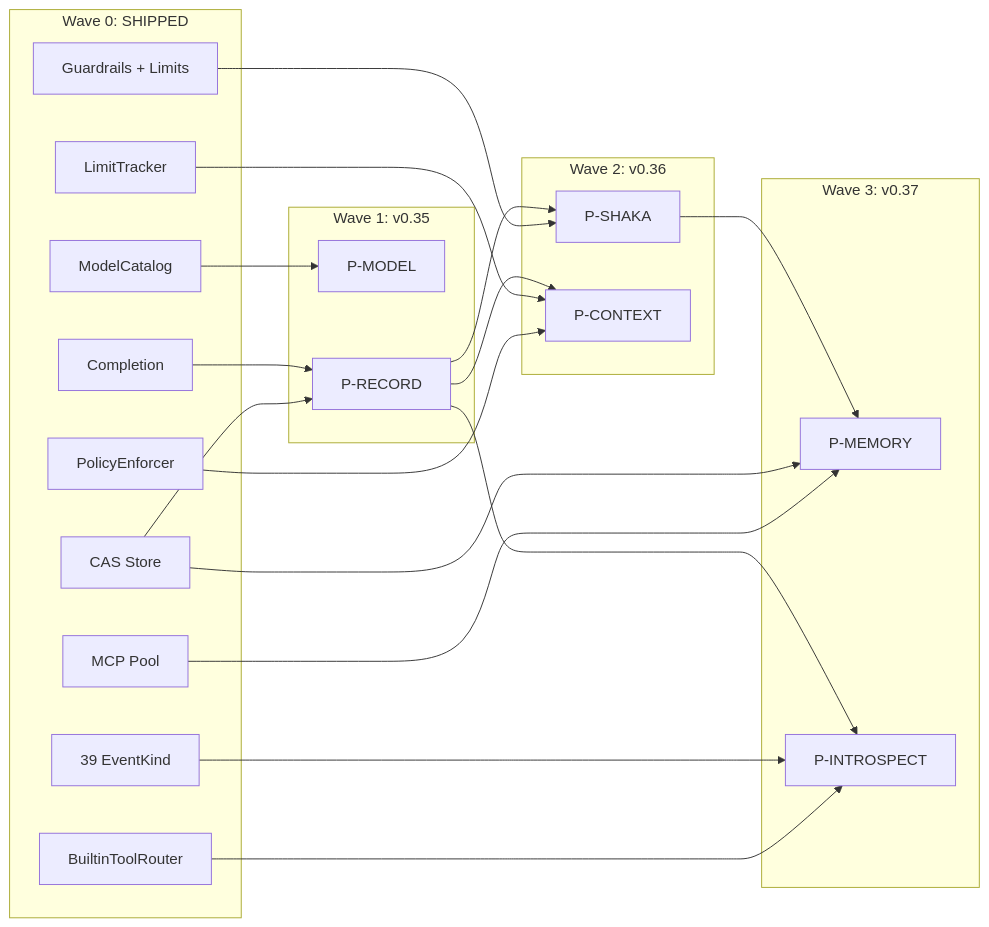
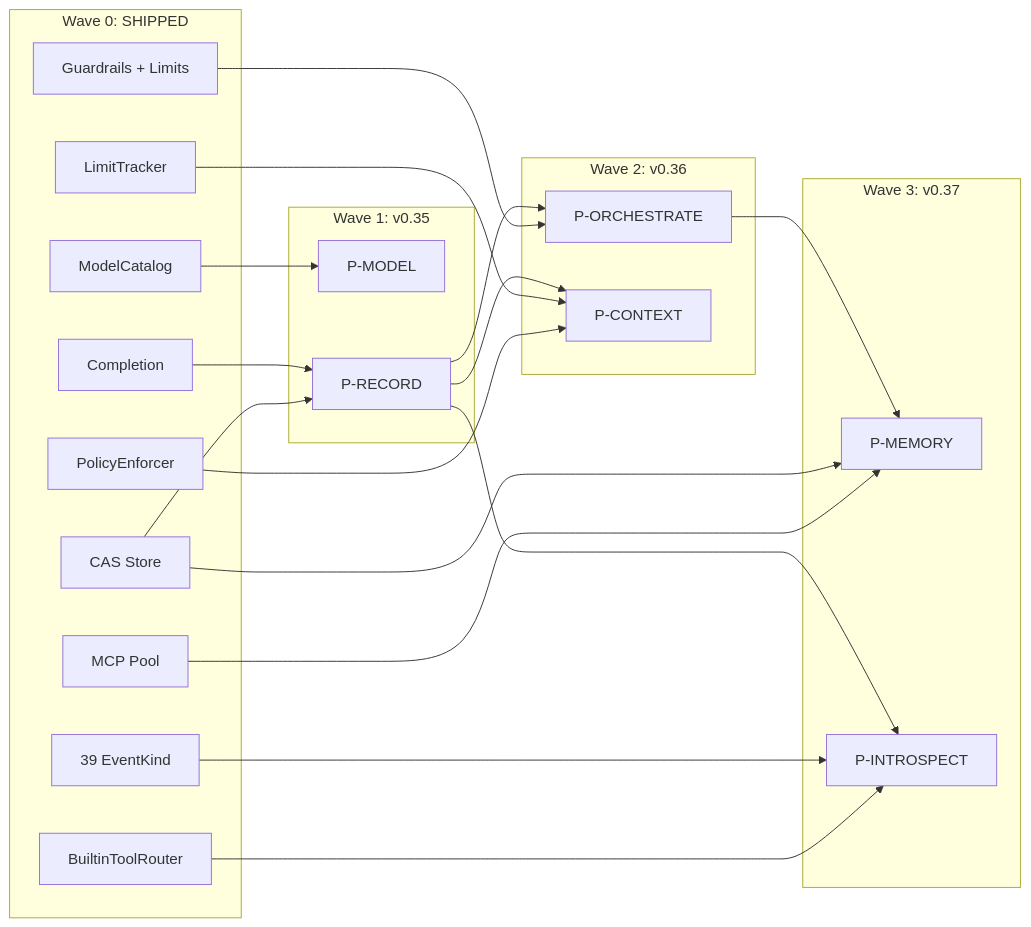
Before and after one commit to supernovae-st/nika: the second of 2 diagrams in docs/vision/22-wave0-foundation-report.md, drawn with Mermaid. The commit also changed other lines of this file and 72 other files, not shown here.

````diff
--- a/docs/vision/22-wave0-foundation-report.md
+++ b/docs/vision/22-wave0-foundation-report.md
@@ -366,44 +366,44 @@
 ```mermaid
 flowchart LR
     subgraph W0["Wave 0: SHIPPED"]
         CAS["CAS Store"]
         MC["ModelCatalog"]
         PE["PolicyEnforcer"]
         BTR["BuiltinToolRouter"]
         EV["39 EventKind"]
         GR["Guardrails + Limits"]
         MCP["MCP Pool"]
         COMP["Completion"]
         LT["LimitTracker"]
     end
 
     subgraph W1["Wave 1: v0.35"]
         PM["P-MODEL"]
         PR["P-RECORD"]
     end
 
     subgraph W2["Wave 2: v0.36"]
-        PS["P-SHAKA"]
+        PS["P-ORCHESTRATE"]
         PC["P-CONTEXT"]
     end
 
     subgraph W3["Wave 3: v0.37"]
         PME["P-MEMORY"]
         PI["P-INTROSPECT"]
     end
 
     CAS --> PR
     MC --> PM
     PE --> PC
     BTR --> PI
     EV --> PI
     GR --> PS
     MCP --> PME
     COMP --> PR
     LT --> PC
     CAS --> PME
     PR --> PS
     PR --> PC
     PS --> PME
     PR --> PI
 ```
````
